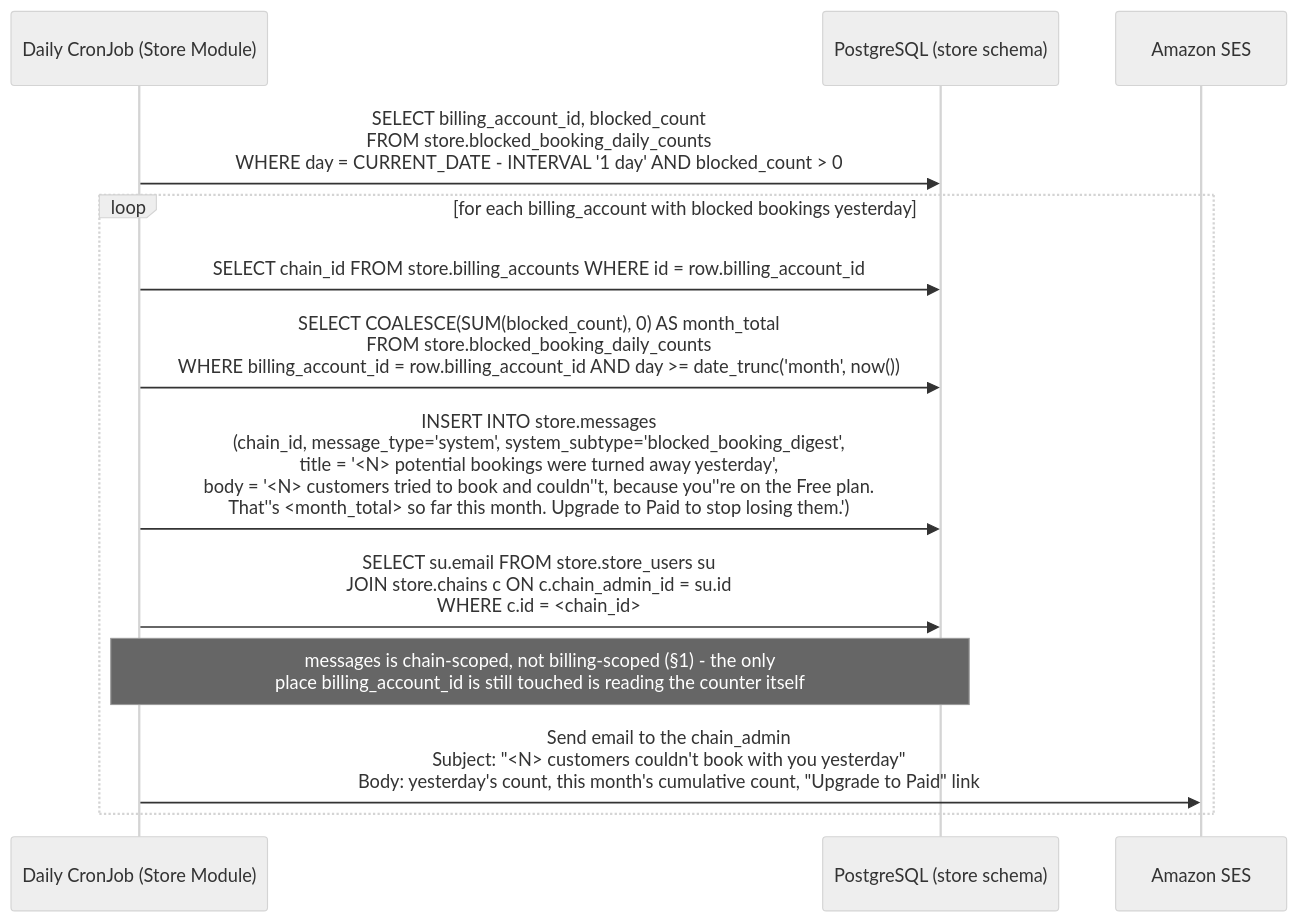
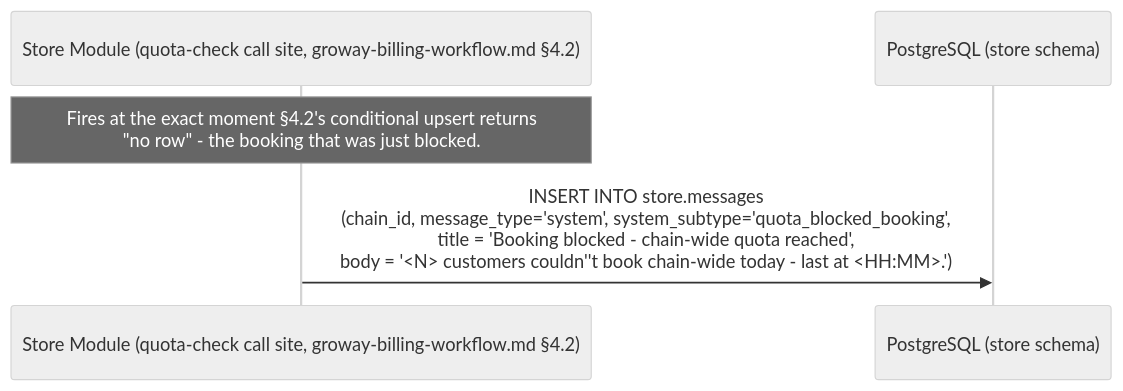
One commit to szhanggit/appointmentsystemdesign changed the first of 3 diagrams in usercasestudy/groway-store-notifications-workflow.md. Above: the diagram before and after it, drawn with Mermaid (neutral theme). The commit also changed other lines of this file and 31 other files, not shown here.

````diff
--- a/usercasestudy/groway-store-notifications-workflow.md
+++ b/usercasestudy/groway-store-notifications-workflow.md
@@ -39,16 +41,8 @@
 ```mermaid
 sequenceDiagram
-    participant CRON as Daily CronJob (Store Module)
+    participant SM as Store Module (quota-check call site, groway-billing-workflow.md §4.2)
     participant DB as PostgreSQL (store schema)
-    participant SES as Amazon SES
 
-    CRON->>DB: SELECT billing_account_id, blocked_count<br/>FROM store.blocked_booking_daily_counts<br/>WHERE day = CURRENT_DATE - INTERVAL '1 day' AND blocked_count > 0
-    loop for each billing_account with blocked bookings yesterday
-        CRON->>DB: SELECT chain_id FROM store.billing_accounts WHERE id = row.billing_account_id
-        CRON->>DB: SELECT COALESCE(SUM(blocked_count), 0) AS month_total<br/>FROM store.blocked_booking_daily_counts<br/>WHERE billing_account_id = row.billing_account_id AND day >= date_trunc('month', now())
-        CRON->>DB: INSERT INTO store.messages<br/>(chain_id, message_type='system', system_subtype='blocked_booking_digest',<br/>title = '<N> potential bookings were turned away yesterday',<br/>body = '<N> customers tried to book and couldn''t, because you''re on the Free plan.<br/>That''s <month_total> so far this month. Upgrade to Paid to stop losing them.')
-        CRON->>DB: SELECT su.email FROM store.store_users su<br/>JOIN store.chains c ON c.chain_admin_id = su.id<br/>WHERE c.id = <chain_id>
-        Note over CRON,DB: messages is chain-scoped, not billing-scoped (§1) - the only<br/>place billing_account_id is still touched is reading the counter itself
-        CRON->>SES: Send email to the chain_admin<br/>Subject: "<N> customers couldn't book with you yesterday"<br/>Body: yesterday's count, this month's cumulative count, "Upgrade to Paid" link
-    end
+    Note over SM: Fires at the exact moment §4.2's conditional upsert returns<br/>"no row" - the booking that was just blocked.
+    SM->>DB: INSERT INTO store.messages<br/>(chain_id, message_type='system', system_subtype='quota_blocked_booking',<br/>title = 'Booking blocked - chain-wide quota reached',<br/>body = '<N> customers couldn''t book chain-wide today - last at <HH:MM>.')
 ```
````
